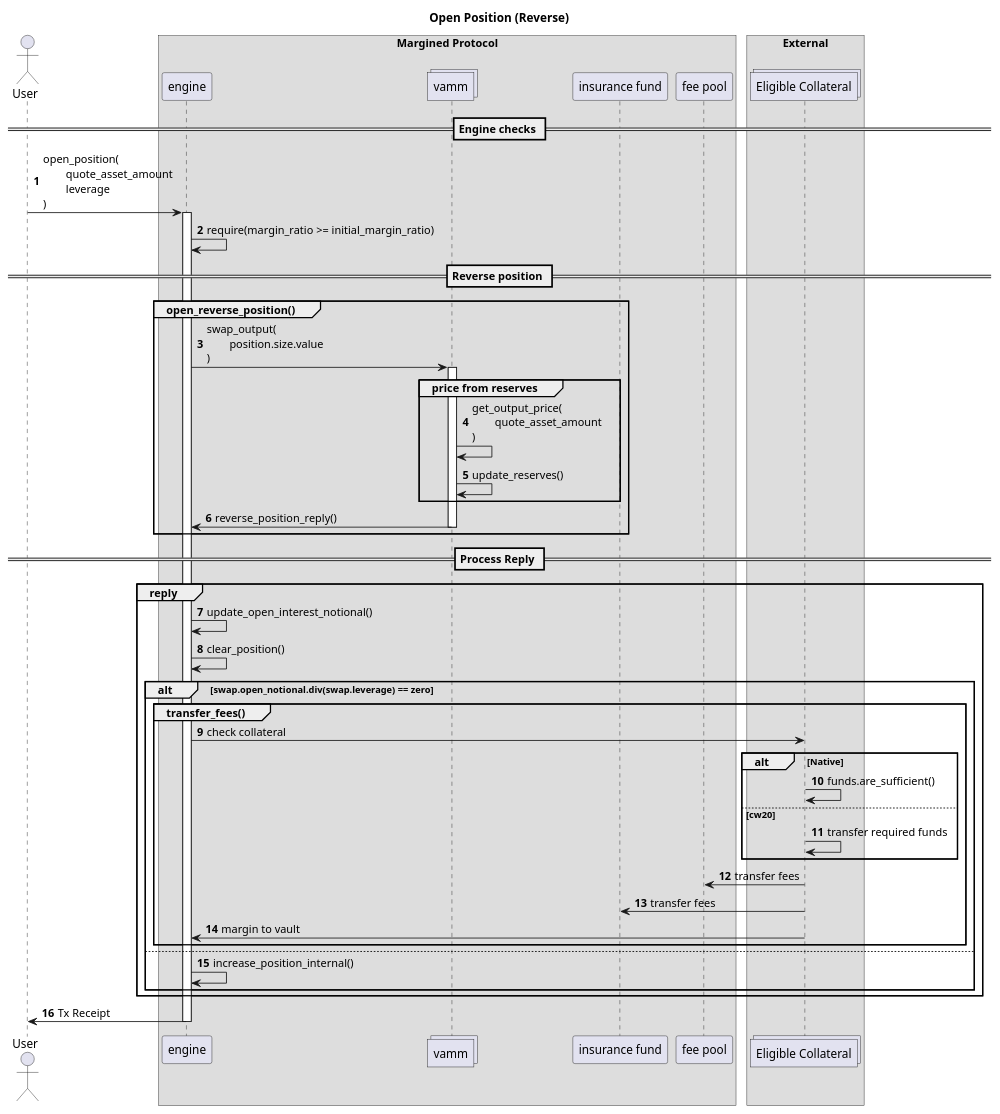
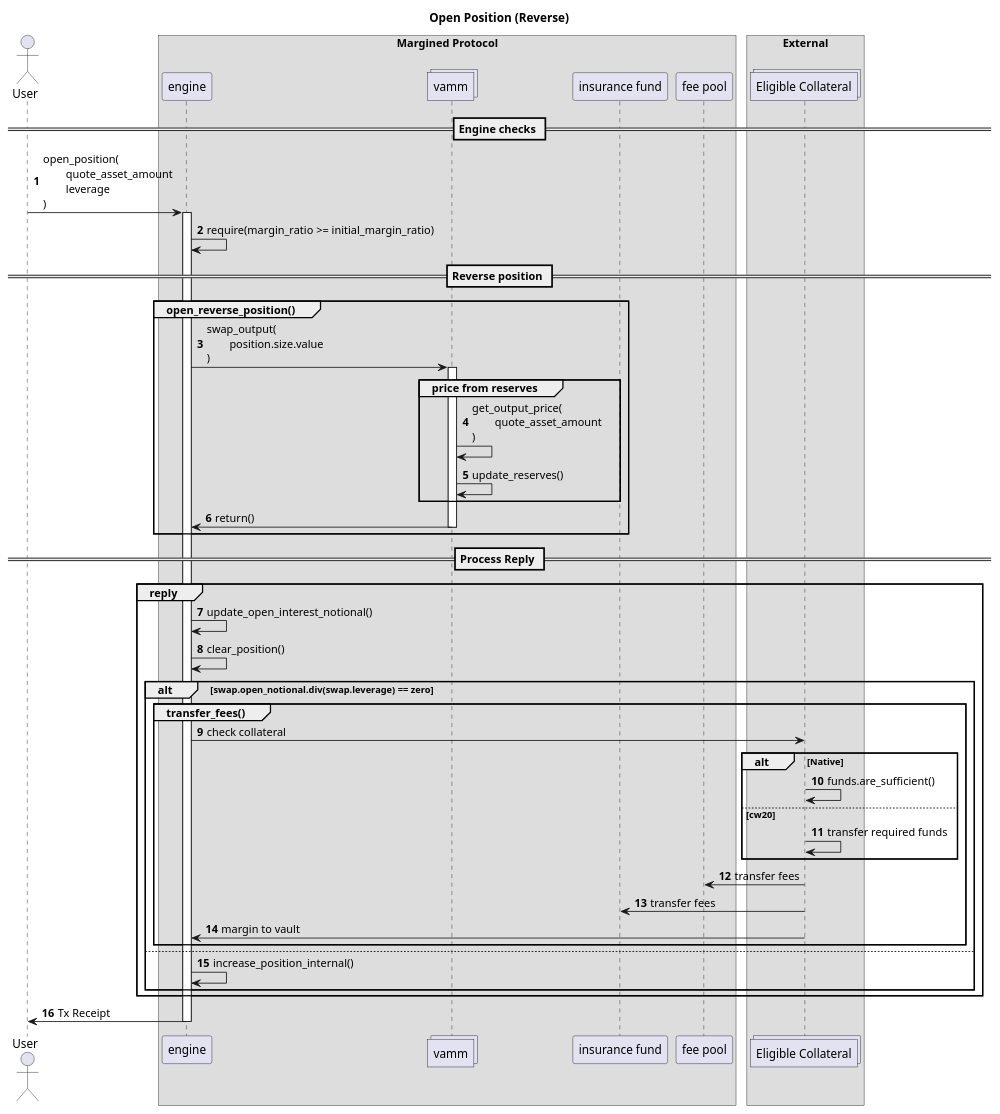
One commit to margined-protocol/docs changed the diagram in architecture/diagrams/open-pos-reverse.puml. Above: the diagram before and after it, drawn with PlantUML. The commit also changed 6 other files, not shown here.

```diff
--- a/architecture/diagrams/open-pos-reverse.puml
+++ b/architecture/diagrams/open-pos-reverse.puml
@@ -1,67 +1,67 @@
 @startuml
 autonumber
 actor User    
 
 box "Margined Protocol" 
     participant engine    
     collections vamm     
     participant "insurance fund" as insurance    
     participant "fee pool" as pool    
 end box
 
 box "External"
     collections "Eligible Collateral" as token
 end box
 
 
 title Open Position (Reverse)
 
 == Engine checks ==
 
 User -> engine : open_position(\n\tquote_asset_amount\n\tleverage\n)
 activate engine
 
 engine -> engine : require(margin_ratio >= initial_margin_ratio)
 
 == Reverse position ==
 
 Group open_reverse_position()
     engine -> vamm : swap_output(\n\tposition.size.value\n)
     activate vamm
 
     Group price from reserves
         vamm -> vamm: get_output_price(\n\tquote_asset_amount\n)
         vamm -> vamm: update_reserves()
     end
     
-    vamm -> engine: reverse_position_reply()
+    vamm -> engine: return()
     deactivate vamm
 end
 
 == Process Reply ==
 Group reply
 
     engine -> engine: update_open_interest_notional()
     engine -> engine: clear_position()
 
     alt swap.open_notional.div(swap.leverage) == zero
         Group transfer_fees()
             engine -> token : check collateral
             alt Native
                 token -> token : funds.are_sufficient()
             else cw20
                 token -> token : transfer required funds
             end
             token -> pool : transfer fees
             token -> insurance : transfer fees
             token -> engine : margin to vault
         end 
     else
         engine -> engine: increase_position_internal()
     end
 end
 
 engine -> User : Tx Receipt
 deactivate engine
 
 @enduml
```
